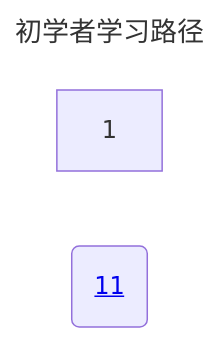
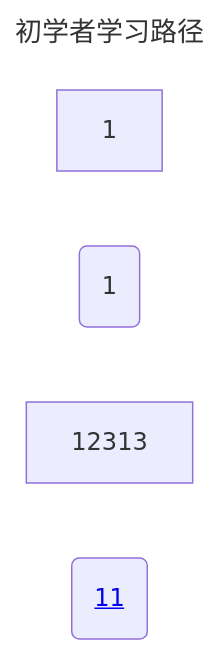
Before and after one commit to ICrazybabyI/note: the first of 2 diagrams in linux_note/README_linux.md, drawn with Mermaid.

Commit message:
vault backup: 2026-06-15 11:03:54

````diff
--- a/linux_note/README_linux.md
+++ b/linux_note/README_linux.md
@@ -11,12 +11,23 @@
 ```mermaid
 ---
 title:   初学者学习路径
 ---
 graph LR
 	git("<a href="git.md">11</a>")
 
 
 
 	
 1
+123("1")
+123("1")
+123("1")
+123("1")
+123("1")
+123("1")
+123("1")
+
+
+
+12313
 ```
````
